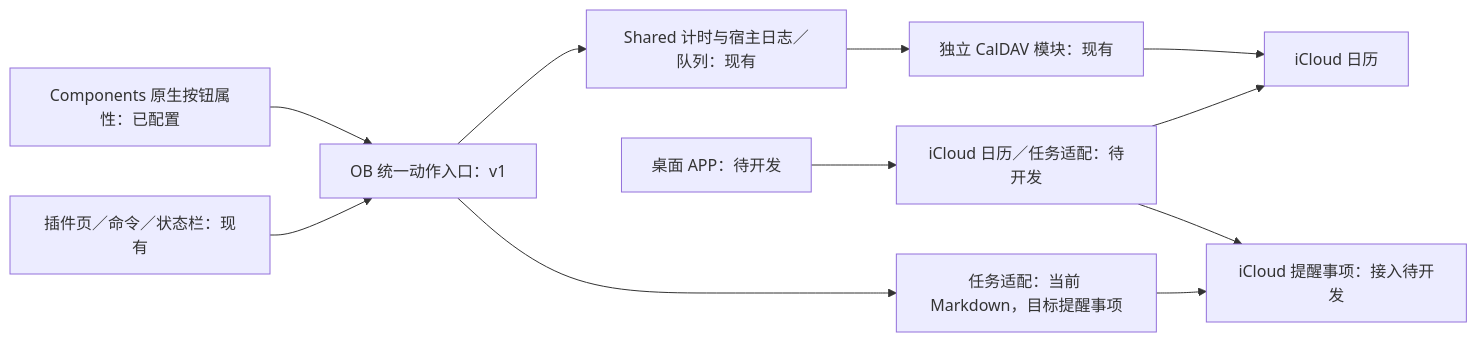
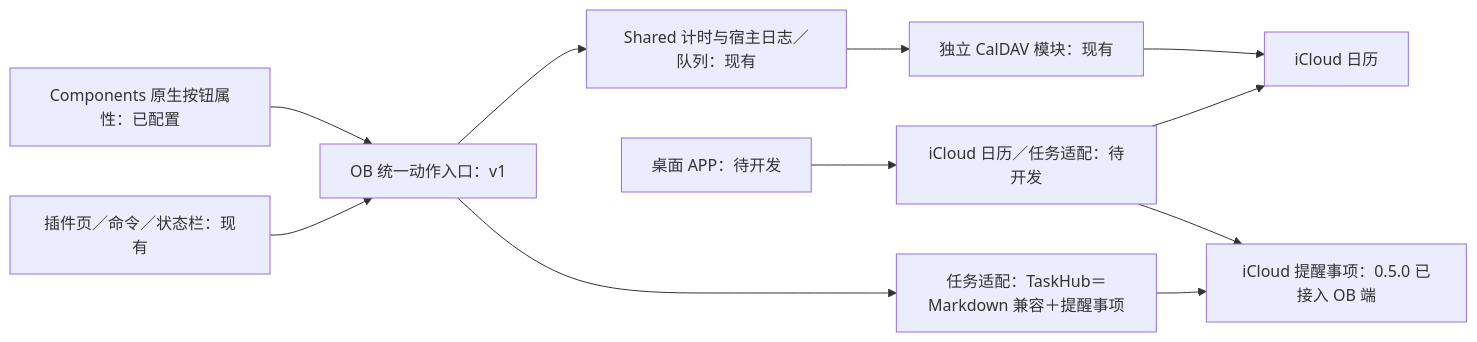
The diagram in Notes/2-架构设计.md (Yang-Jia-Lin/OB-Calendar-and-Tasks-with-iOS), drawn with Mermaid before and after one commit. The commit also changed other lines of this file and 41 other files, not shown here.

Commit message:
V0.5.0 接入 iCloud 提醒事项

````diff
--- a/Notes/2-架构设计.md
+++ b/Notes/2-架构设计.md
@@ -68,13 +80,13 @@
 ```mermaid
 flowchart LR
     Card[Components 原生按钮属性：已配置] --> Entry[OB 统一动作入口：v1]
     View[插件页／命令／状态栏：现有] --> Entry
     Entry --> Core[Shared 计时与宿主日志／队列：现有]
-    Entry --> Task[任务适配：当前 Markdown，目标提醒事项]
+    Entry --> Task[任务适配：TaskHub＝Markdown 兼容＋提醒事项]
     Core --> FCR[独立 CalDAV 模块：现有]
     FCR --> Calendar[iCloud 日历]
-    Task --> Reminders[iCloud 提醒事项：接入待开发]
+    Task --> Reminders[iCloud 提醒事项：0.5.0 已接入 OB 端]
     Desktop[桌面 APP：待开发] --> Adapters[iCloud 日历／任务适配：待开发]
     Adapters --> Calendar
     Adapters --> Reminders
 ```
````
